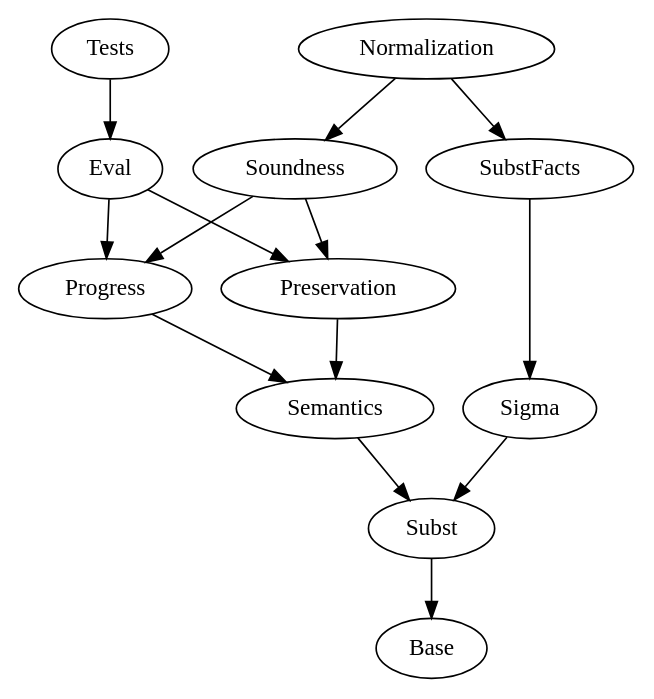
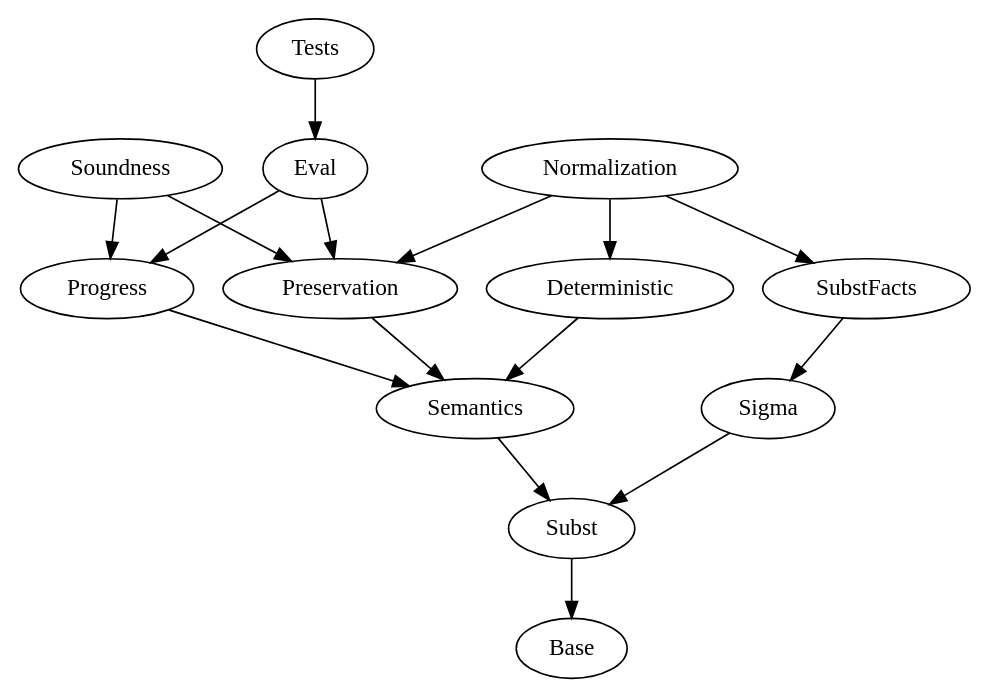
Before and after one commit to tmoux/solid-happiness: the diagram in small.dot, drawn with Graphviz. The commit also changed 7 other files, not shown here.

```diff
--- a/small.dot
+++ b/small.dot
@@ -1,28 +1,31 @@
 digraph dependencies {
     subgraph {
     }
     m2 [label=Subst];
     m6 [label=SubstFacts];
     m8 [label=Preservation];
     m18 [label=Semantics];
     m56 [label=Soundness];
     m57 [label=Progress];
     m68 [label=Tests];
-    m84 [label=Base];
-    m95 [label=Normalization];
-    m108 [label=Eval];
-    m114 [label=Sigma];
-    m2 -> m84;
-    m6 -> m114;
+    m82 [label=Deterministic];
+    m85 [label=Base];
+    m96 [label=Normalization];
+    m109 [label=Eval];
+    m115 [label=Sigma];
+    m2 -> m85;
+    m6 -> m115;
     m8 -> m18;
     m18 -> m2;
     m56 -> m8;
     m56 -> m57;
     m57 -> m18;
-    m68 -> m108;
-    m95 -> m6;
-    m95 -> m56;
-    m108 -> m8;
-    m108 -> m57;
-    m114 -> m2;
+    m68 -> m109;
+    m82 -> m18;
+    m96 -> m6;
+    m96 -> m8;
+    m96 -> m82;
+    m109 -> m8;
+    m109 -> m57;
+    m115 -> m2;
 }
```
